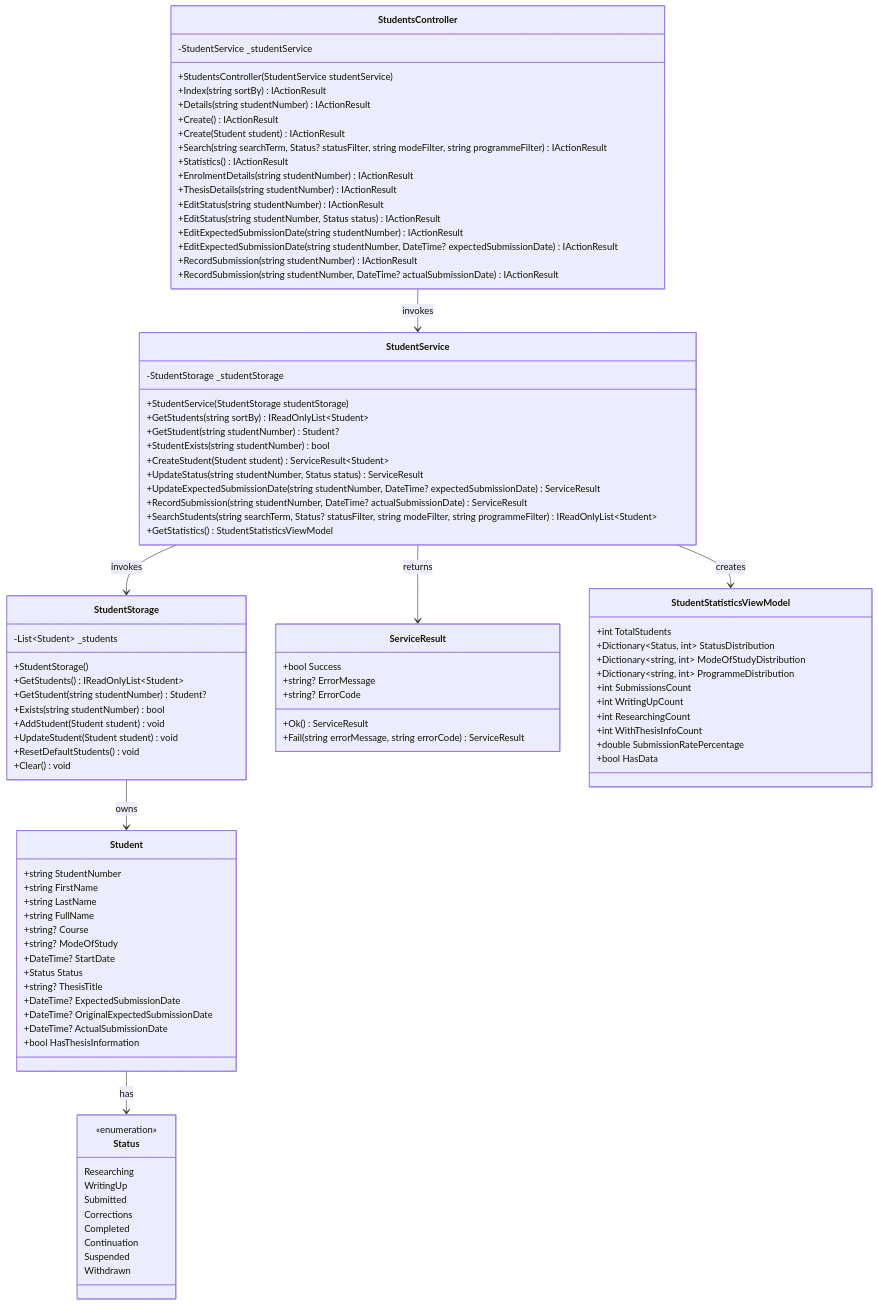
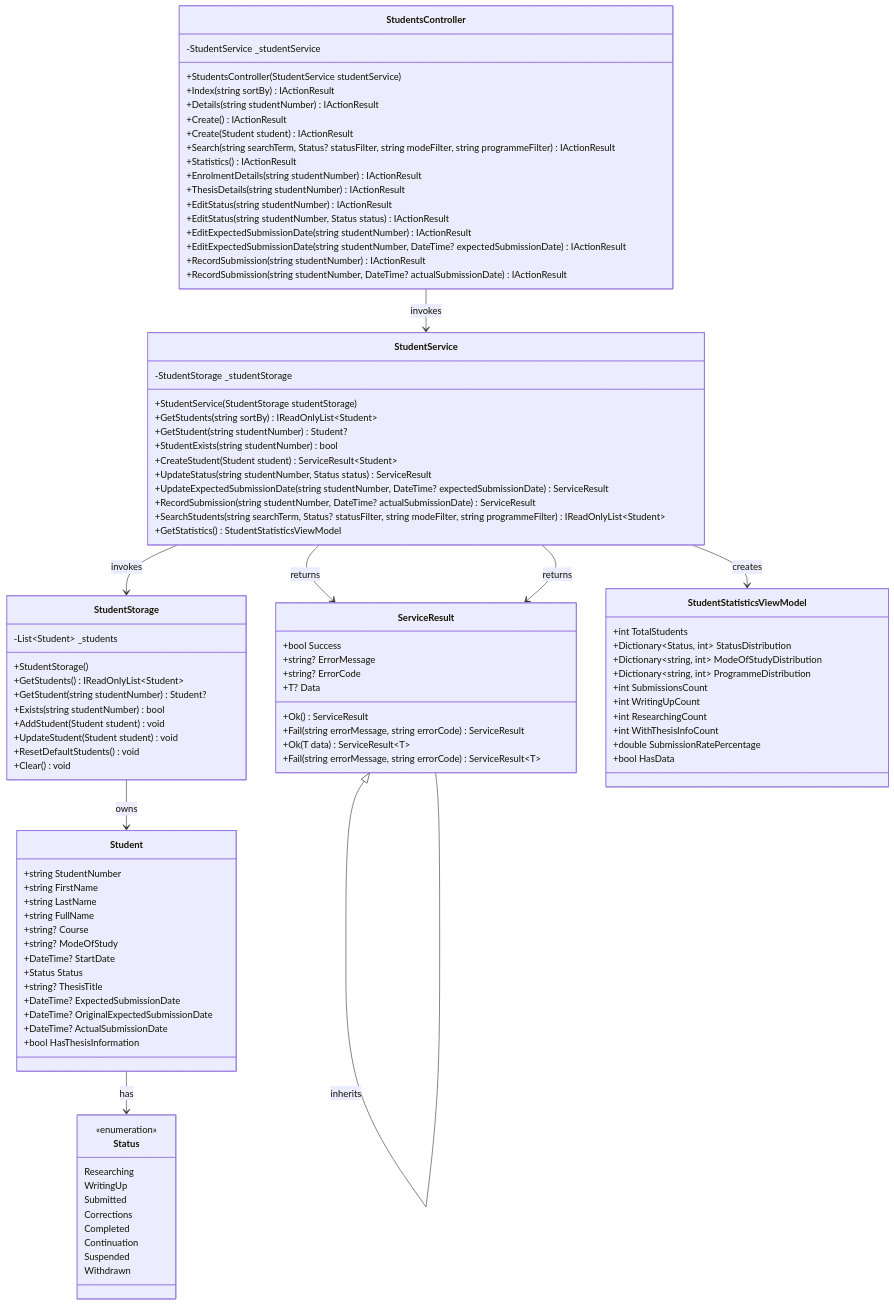
Before and after one commit to mustbebuilt/PgrStudentManagementWk3: the second of 5 diagrams in README.md, drawn with Mermaid. The commit also changed other lines of this file, not shown here.

Commit message:
docs: add Result Pattern documentation and class diagram to README

```diff
--- a/README.md
+++ b/README.md
@@ -193,6 +210,12 @@
         +Fail(string errorMessage, string errorCode) ServiceResult
     }
 
+    class ServiceResult~T~ {
+        +T? Data
+        +Ok(T data) ServiceResult~T~
+        +Fail(string errorMessage, string errorCode) ServiceResult~T~
+    }
+
     class StudentStatisticsViewModel {
         +int TotalStudents
         +Dictionary~Status, int~ StatusDistribution
@@ -206,9 +229,11 @@
         +bool HasData
     }
 
+    ServiceResult <|-- ServiceResult~T~ : inherits
     StudentsController --> StudentService : invokes
     StudentService --> StudentStorage : invokes
     StudentService --> ServiceResult : returns
+    StudentService --> ServiceResult~T~ : returns
     StudentService --> StudentStatisticsViewModel : creates
     StudentStorage --> Student : owns
     Student --> Status : has
```
